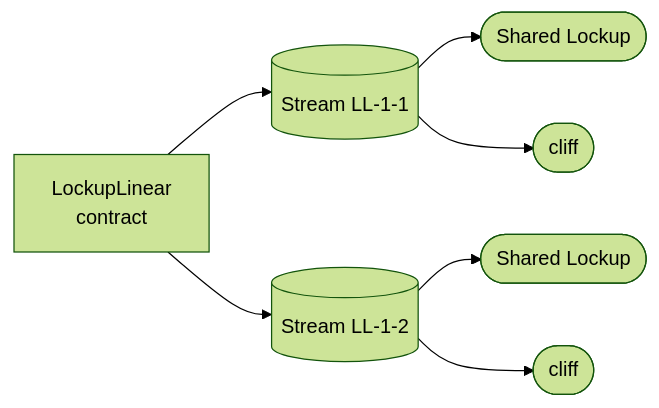
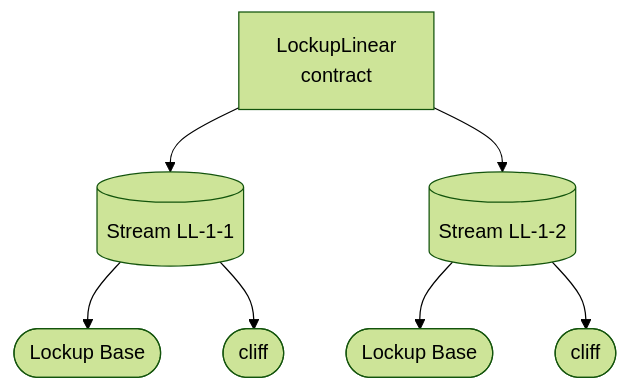
The second of 7 diagrams in docs/reference/lockup/01-diagrams.md (sablier-labs/docs), drawn with Mermaid (forest theme) before and after one commit. The commit also changed other lines of this file, not shown here.

First line of the commit message:
refactor: vertical Lockup diagrams

````diff
--- a/docs/reference/lockup/01-diagrams.md
+++ b/docs/reference/lockup/01-diagrams.md
@@ -54,18 +54,18 @@
 ```mermaid
-flowchart LR;
+flowchart TD;
   C["LockupLinear\ncontract"];
 
   S0[(Stream LL-1-1)];
-  P0([Shared Lockup]);
+  P0([Lockup Base]);
   P1([cliff]);
   S0 --> P0;
   S0 --> P1;
   C --> S0;
 
   S1[(Stream LL-1-2)];
-  P2([Shared Lockup]);
+  P2([Lockup Base]);
   P3([cliff]);
   S1 --> P2;
   S1 --> P3;
   C --> S1;
 ```
````
